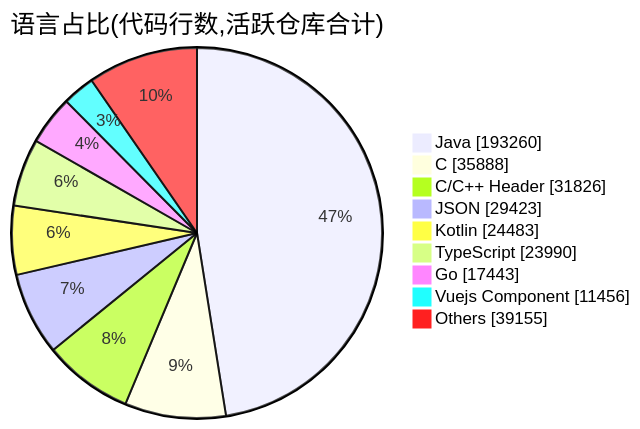
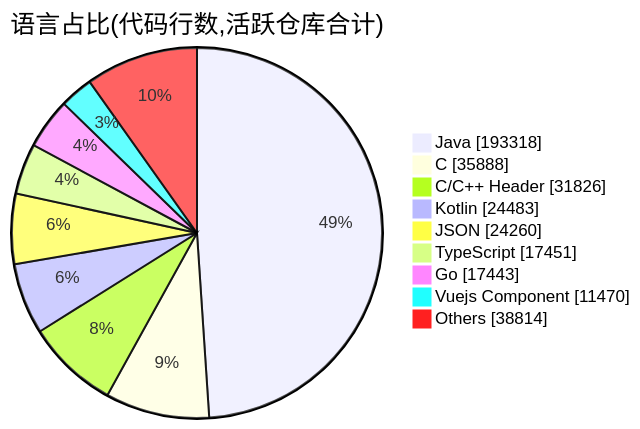
One commit to Conflux-Union/.github changed the second of 2 diagrams in profile/README.md. Above: the diagram before and after it, drawn with Mermaid. The commit also changed other lines of this file and 1 other file, not shown here.

````diff
--- a/profile/README.md
+++ b/profile/README.md
@@ -82,13 +82,13 @@
 ```mermaid
 pie showData
     title 语言占比(代码行数,活跃仓库合计)
-    "Java" : 193260
+    "Java" : 193318
     "C" : 35888
     "C/C++ Header" : 31826
-    "JSON" : 29423
     "Kotlin" : 24483
-    "TypeScript" : 23990
+    "JSON" : 24260
+    "TypeScript" : 17451
     "Go" : 17443
-    "Vuejs Component" : 11456
-    "Others" : 39155
+    "Vuejs Component" : 11470
+    "Others" : 38814
 ```
````
